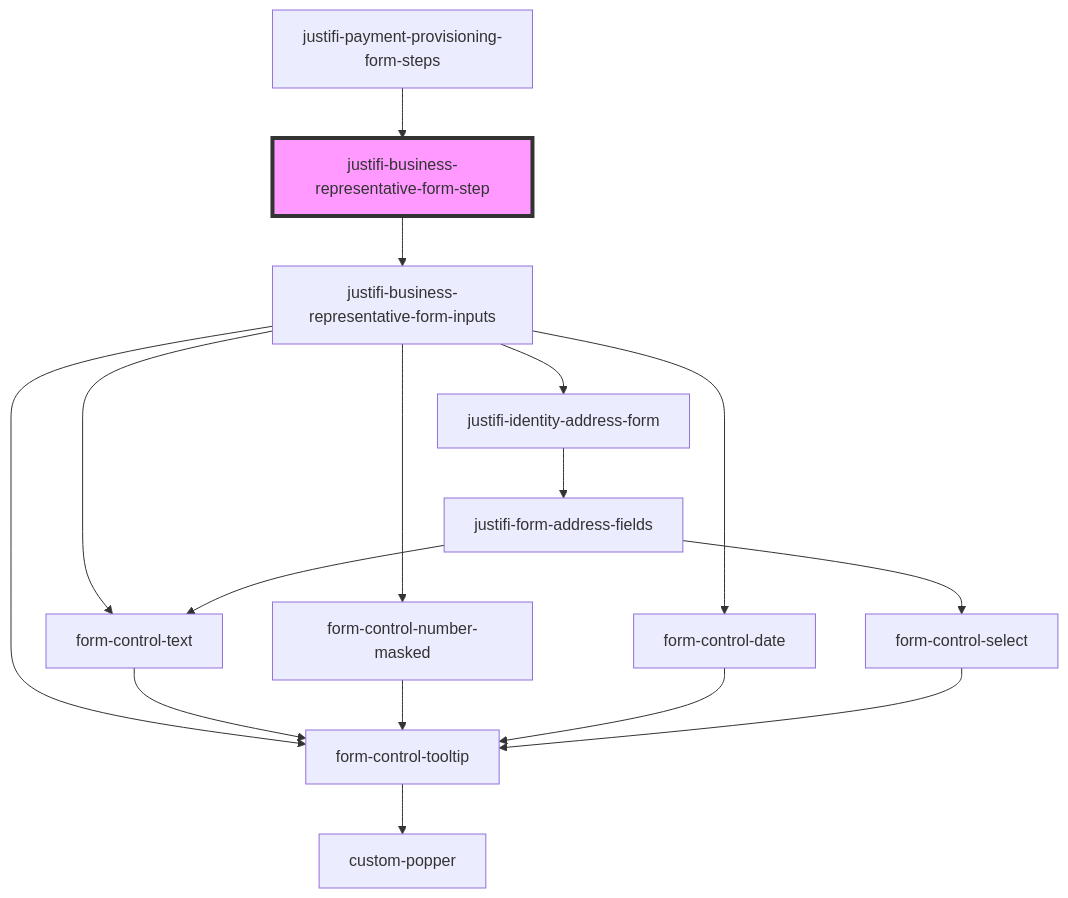
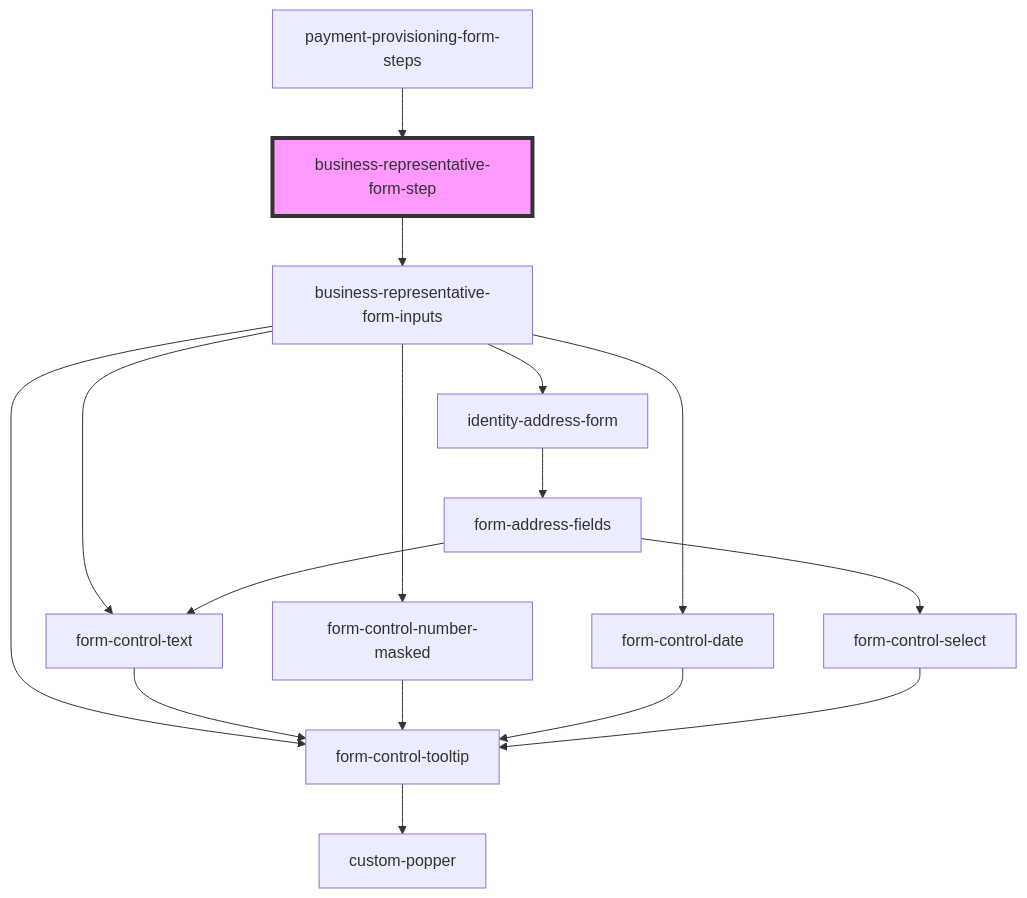
One commit to justifi-tech/web-component-library changed the diagram in packages/webcomponents/src/components/business-forms/payment-provisioning/business-representative/README.md. Above: the diagram before and after it, drawn with Mermaid. The commit also changed other lines of this file and 236 other files, not shown here.

````diff
--- a/packages/webcomponents/src/components/business-forms/payment-provisioning/business-representative/README.md
+++ b/packages/webcomponents/src/components/business-forms/payment-provisioning/business-representative/README.md
@@ -57,19 +57,19 @@
 ```mermaid
 graph TD;
-  justifi-business-representative-form-step --> justifi-business-representative-form-inputs
-  justifi-business-representative-form-inputs --> form-control-tooltip
-  justifi-business-representative-form-inputs --> form-control-text
-  justifi-business-representative-form-inputs --> form-control-number-masked
-  justifi-business-representative-form-inputs --> form-control-date
-  justifi-business-representative-form-inputs --> justifi-identity-address-form
+  business-representative-form-step --> business-representative-form-inputs
+  business-representative-form-inputs --> form-control-tooltip
+  business-representative-form-inputs --> form-control-text
+  business-representative-form-inputs --> form-control-number-masked
+  business-representative-form-inputs --> form-control-date
+  business-representative-form-inputs --> identity-address-form
   form-control-tooltip --> custom-popper
   form-control-text --> form-control-tooltip
   form-control-number-masked --> form-control-tooltip
   form-control-date --> form-control-tooltip
-  justifi-identity-address-form --> justifi-form-address-fields
-  justifi-form-address-fields --> form-control-text
-  justifi-form-address-fields --> form-control-select
+  identity-address-form --> form-address-fields
+  form-address-fields --> form-control-text
+  form-address-fields --> form-control-select
   form-control-select --> form-control-tooltip
-  justifi-payment-provisioning-form-steps --> justifi-business-representative-form-step
-  style justifi-business-representative-form-step fill:#f9f,stroke:#333,stroke-width:4px
+  payment-provisioning-form-steps --> business-representative-form-step
+  style business-representative-form-step fill:#f9f,stroke:#333,stroke-width:4px
 ```
````
